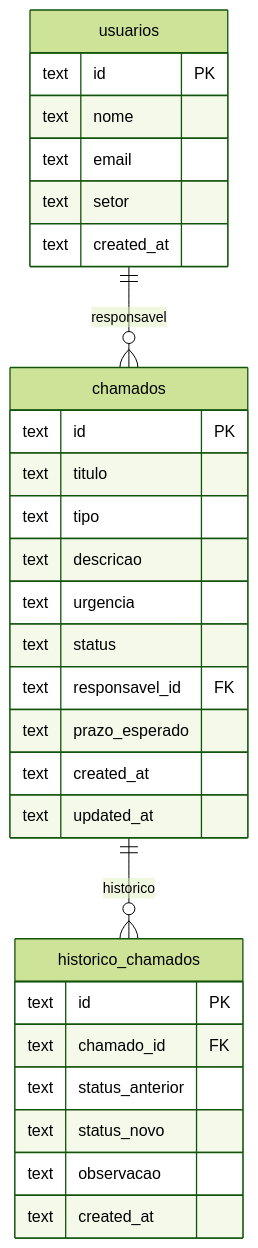
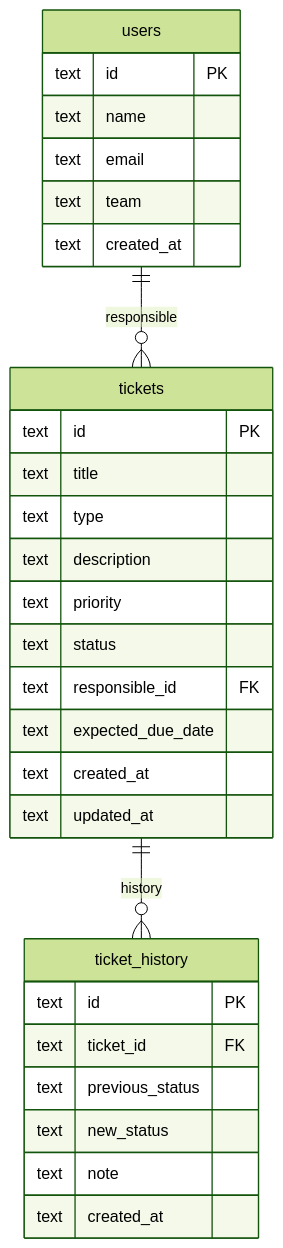
One commit to raquelsribeiro/projeto_extensao changed the second of 2 diagrams in README.md. Above: the diagram before and after it, drawn with Mermaid (forest theme). The commit also changed other lines of this file and 12 other files, not shown here.

````diff
--- a/README.md
+++ b/README.md
@@ -133,35 +135,35 @@
 ```mermaid
 erDiagram
-  usuarios ||--o{ chamados : "responsavel"
-  chamados ||--o{ historico_chamados : "historico"
+  users ||--o{ tickets : "responsible"
+  tickets ||--o{ ticket_history : "history"
 
-  usuarios {
+  users {
     text id PK
-    text nome
+    text name
     text email
-    text setor
+    text team
     text created_at
   }
 
-  chamados {
+  tickets {
     text id PK
-    text titulo
-    text tipo
-    text descricao
-    text urgencia
+    text title
+    text type
+    text description
+    text priority
     text status
-    text responsavel_id FK
-    text prazo_esperado
+    text responsible_id FK
+    text expected_due_date
     text created_at
     text updated_at
   }
 
-  historico_chamados {
+  ticket_history {
     text id PK
-    text chamado_id FK
-    text status_anterior
-    text status_novo
-    text observacao
+    text ticket_id FK
+    text previous_status
+    text new_status
+    text note
     text created_at
   }
 ```
````
